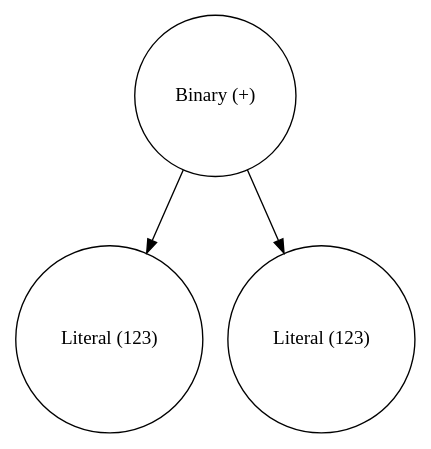
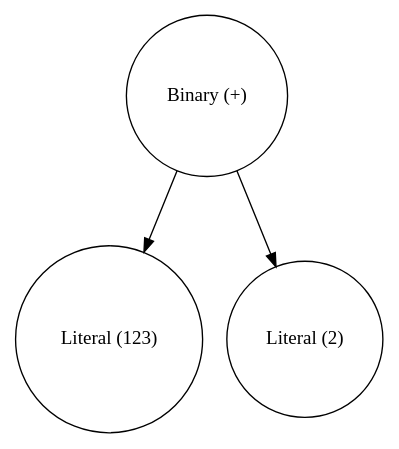
The diagram in CompilerCreationTool/CompilerCreationTool/ast.dot (chosti34/CompilerCreationTool), drawn with Graphviz before and after one commit. The commit also changed 9 other files, not shown here.

```diff
--- a/CompilerCreationTool/CompilerCreationTool/ast.dot
+++ b/CompilerCreationTool/CompilerCreationTool/ast.dot
@@ -1,7 +1,7 @@
 digraph {
 0 [shape="circle" label="Binary (+)"];
 1 [shape="circle" label="Literal (123)"];
-2 [shape="circle" label="Literal (123)"];
+2 [shape="circle" label="Literal (2)"];
 0->1 [label=" "];
 0->2 [label=" "];
 }
```
